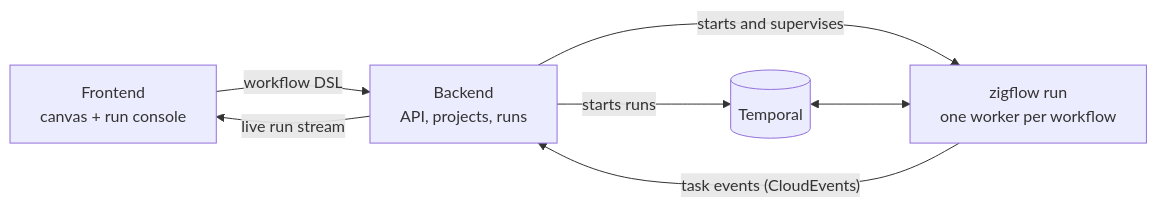
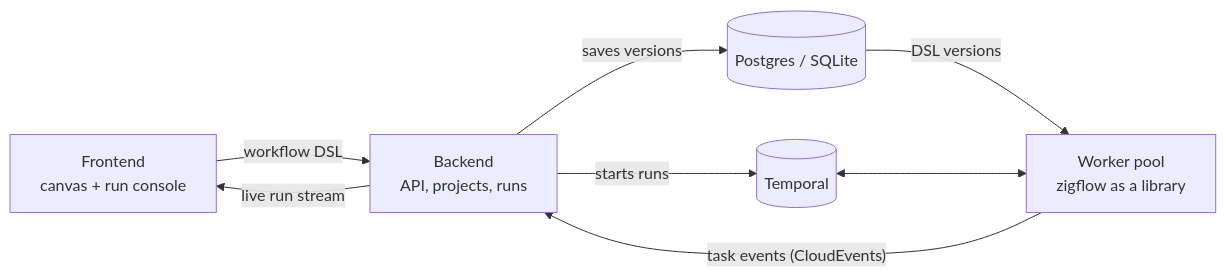
One commit to arunksoman/duraflow changed the diagram in README.md. Above: the diagram before and after it, drawn with Mermaid. The commit also changed other lines of this file and 78 other files, not shown here.

````diff
--- a/README.md
+++ b/README.md
@@ -38,9 +38,10 @@
 ```mermaid
 flowchart LR
     UI["Frontend<br/>canvas + run console"] -- "workflow DSL" --> API["Backend<br/>API, projects, runs"]
     API -- "live run stream" --> UI
-    API -- "starts and supervises" --> W["zigflow run<br/>one worker per workflow"]
+    API -- "saves versions" --> DB[("Postgres / SQLite")]
+    DB -- "DSL versions" --> W["Worker pool<br/>zigflow as a library"]
     API -- "starts runs" --> T[("Temporal")]
     T <--> W
     W -- "task events (CloudEvents)" --> API
 ```
````
